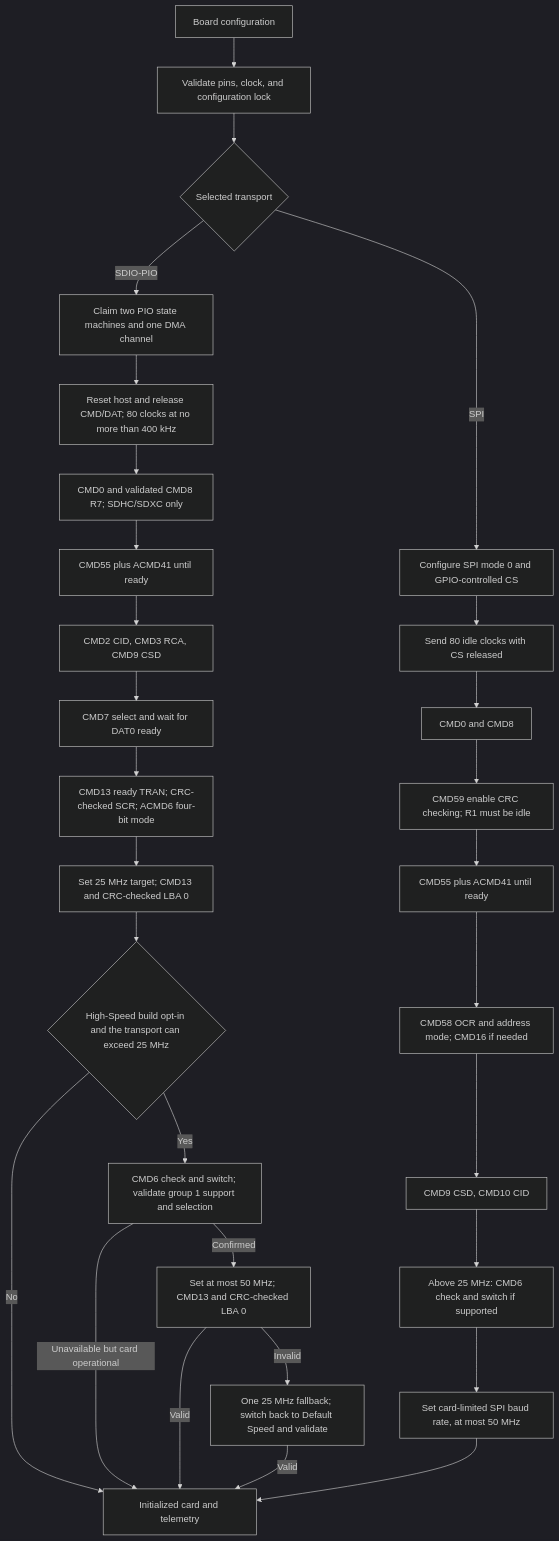
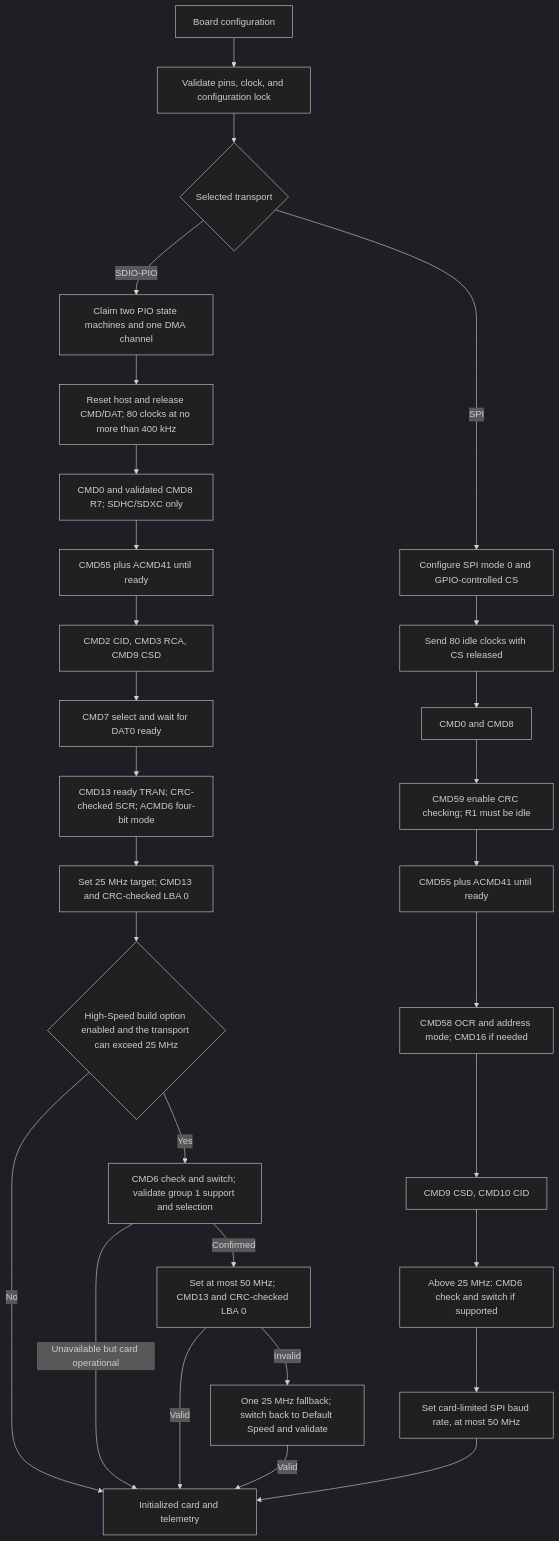
Before and after one commit to djwinter29-oss/PicoForge: the second of 5 diagrams in docs/sdcard-design.md, drawn with Mermaid (dark theme). The commit also changed other lines of this file and 182 other files, not shown here.

````diff
--- a/docs/sdcard-design.md
+++ b/docs/sdcard-design.md
@@ -357,31 +364,31 @@
 ```mermaid
 flowchart TD
     Start[Board configuration] --> Validate[Validate pins, clock, and configuration lock]
     Validate --> Transport{Selected transport}
     Transport -->|SDIO-PIO| Claim[Claim two PIO state machines and one DMA channel]
     Claim --> Idle[Reset host and release CMD/DAT; 80 clocks at no more than 400 kHz]
     Idle --> NativeReset[CMD0 and validated CMD8 R7; SDHC/SDXC only]
     NativeReset --> NativeReady[CMD55 plus ACMD41 until ready]
     NativeReady --> Identify[CMD2 CID, CMD3 RCA, CMD9 CSD]
     Identify --> Select[CMD7 select and wait for DAT0 ready]
     Select --> Width[CMD13 ready TRAN; CRC-checked SCR; ACMD6 four-bit mode]
     Width --> Speed[Set 25 MHz target; CMD13 and CRC-checked LBA 0]
-    Speed --> Policy{High-Speed build opt-in and the transport can exceed 25 MHz}
+    Speed --> Policy{High-Speed build option enabled and the transport can exceed 25 MHz}
     Policy -->|No| Ready[Initialized card and telemetry]
     Policy -->|Yes| Switch[CMD6 check and switch; validate group 1 support and selection]
     Switch -->|Unavailable but card operational| Ready
     Switch -->|Confirmed| Fast[Set at most 50 MHz; CMD13 and CRC-checked LBA 0]
     Fast -->|Valid| Ready
     Fast -->|Invalid| Fallback[One 25 MHz fallback; switch back to Default Speed and validate]
     Fallback -->|Valid| Ready
     Transport -->|SPI| Setup[Configure SPI mode 0 and GPIO-controlled CS]
     Setup --> Clocks[Send 80 idle clocks with CS released]
     Clocks --> SPIReset[CMD0 and CMD8]
     SPIReset --> SPICrc[CMD59 enable CRC checking; R1 must be idle]
     SPICrc --> SPIReady[CMD55 plus ACMD41 until ready]
     SPIReady --> OCR[CMD58 OCR and address mode; CMD16 if needed]
     OCR --> SPIIdentify[CMD9 CSD, CMD10 CID]
     SPIIdentify --> SPISwitch[Above 25 MHz: CMD6 check and switch if supported]
     SPISwitch --> SPISpeed[Set card-limited SPI baud rate, at most 50 MHz]
     SPISpeed --> Ready
 ```
````
